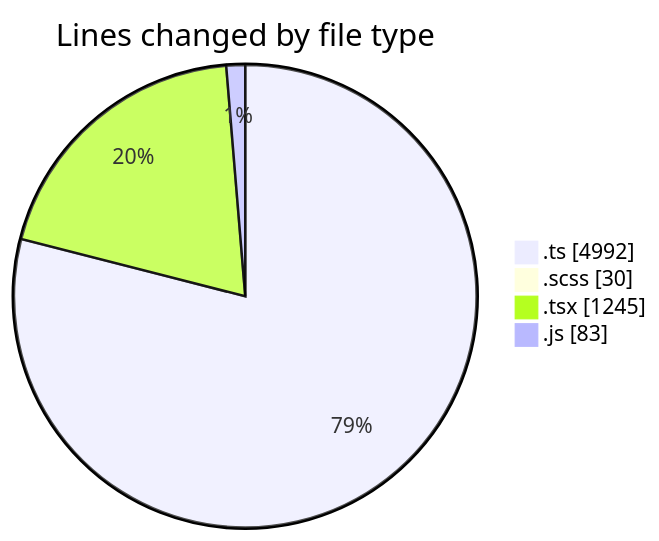
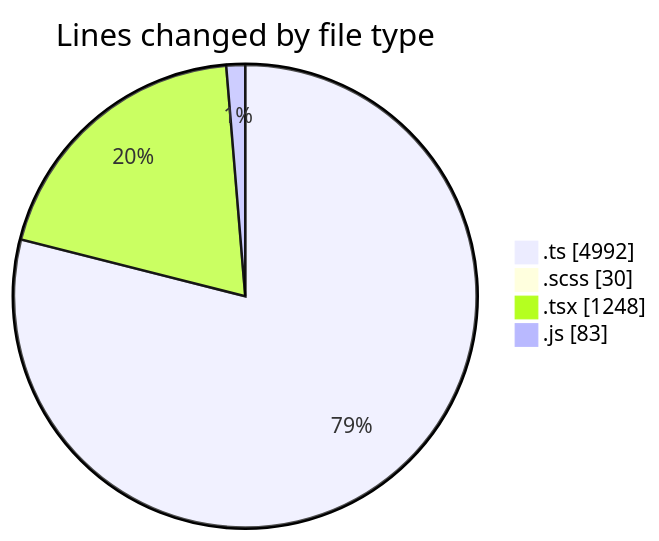
The first of 2 diagrams in 2025-09-12/cda/README.md (momahboobian/code-tracking), drawn with Mermaid before and after one commit. The commit also changed other lines of this file and 1 other file, not shown here.

````diff
--- a/2025-09-12/cda/README.md
+++ b/2025-09-12/cda/README.md
@@ -31,8 +31,8 @@
 ```mermaid
 pie showData
 title Lines changed by file type
 ".ts" : 4992
 ".scss" : 30
-".tsx" : 1245
+".tsx" : 1248
 ".js" : 83
 ```
````
